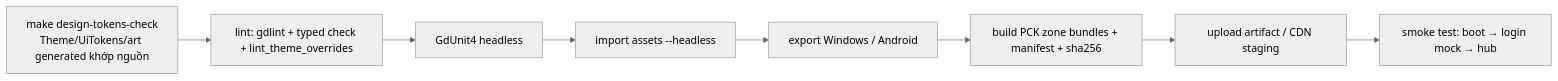
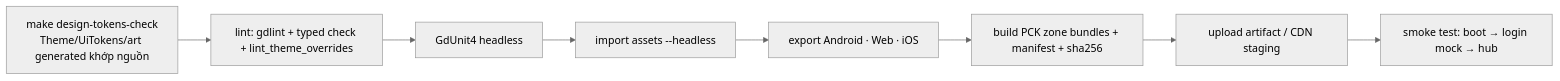
The fourth of 4 diagrams in docs/08-game-client/GODOT_ARCHITECTURE.md (tanguyen2020/eduworld-platform), drawn with Mermaid (neutral theme) before and after one commit. The commit also changed other lines of this file and 86 other files, not shown here.

First line of the commit message:
docs: align owner docs and feature specs with ADR-0101 (client only Web, Android, iOS)

````diff
--- a/docs/08-game-client/GODOT_ARCHITECTURE.md
+++ b/docs/08-game-client/GODOT_ARCHITECTURE.md
@@ -490,10 +490,10 @@
 ```mermaid
 flowchart LR
   T[make design-tokens-check\nTheme/UiTokens/art generated khớp nguồn] --> A
   A["lint: gdlint + typed check + lint_theme_overrides"] --> B[GdUnit4 headless]
   B --> C[import assets --headless]
-  C --> D[export Windows / Android]
+  C --> D["export Android · Web · iOS"]
   D --> E[build PCK zone bundles + manifest + sha256]
   E --> F[upload artifact / CDN staging]
   F --> G["smoke test: boot → login mock → hub"]
 ```
````
